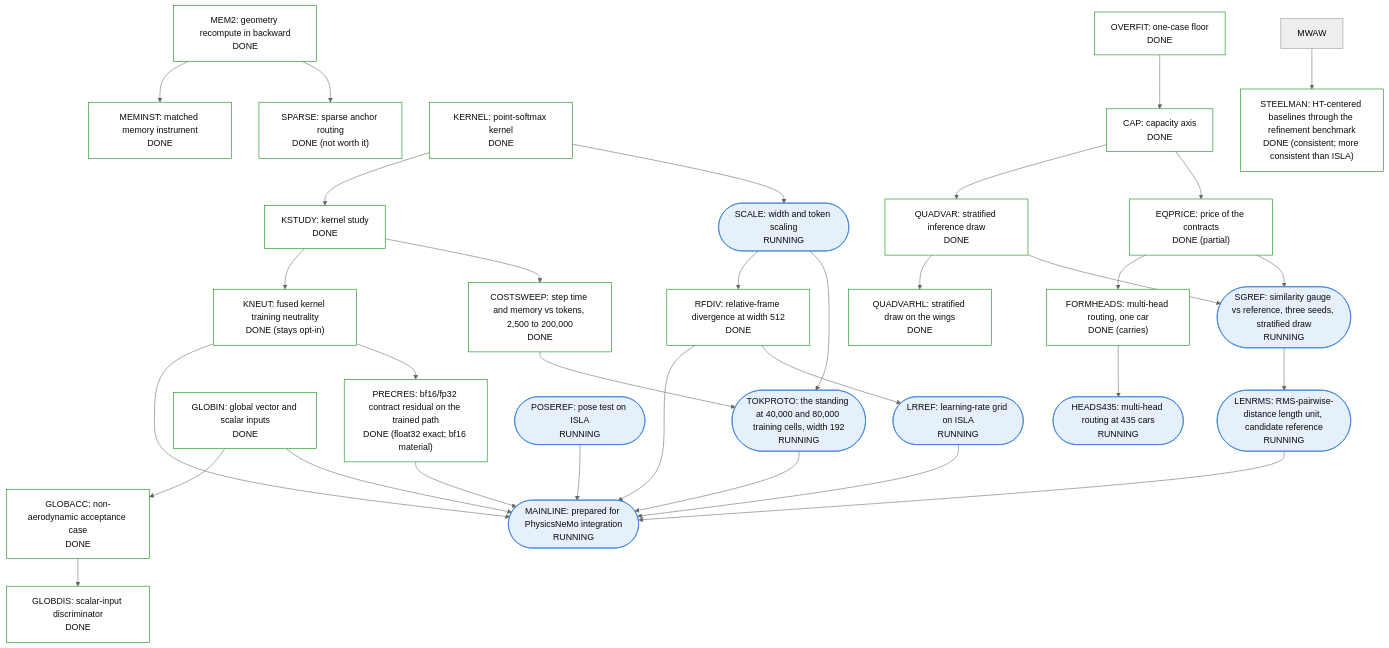
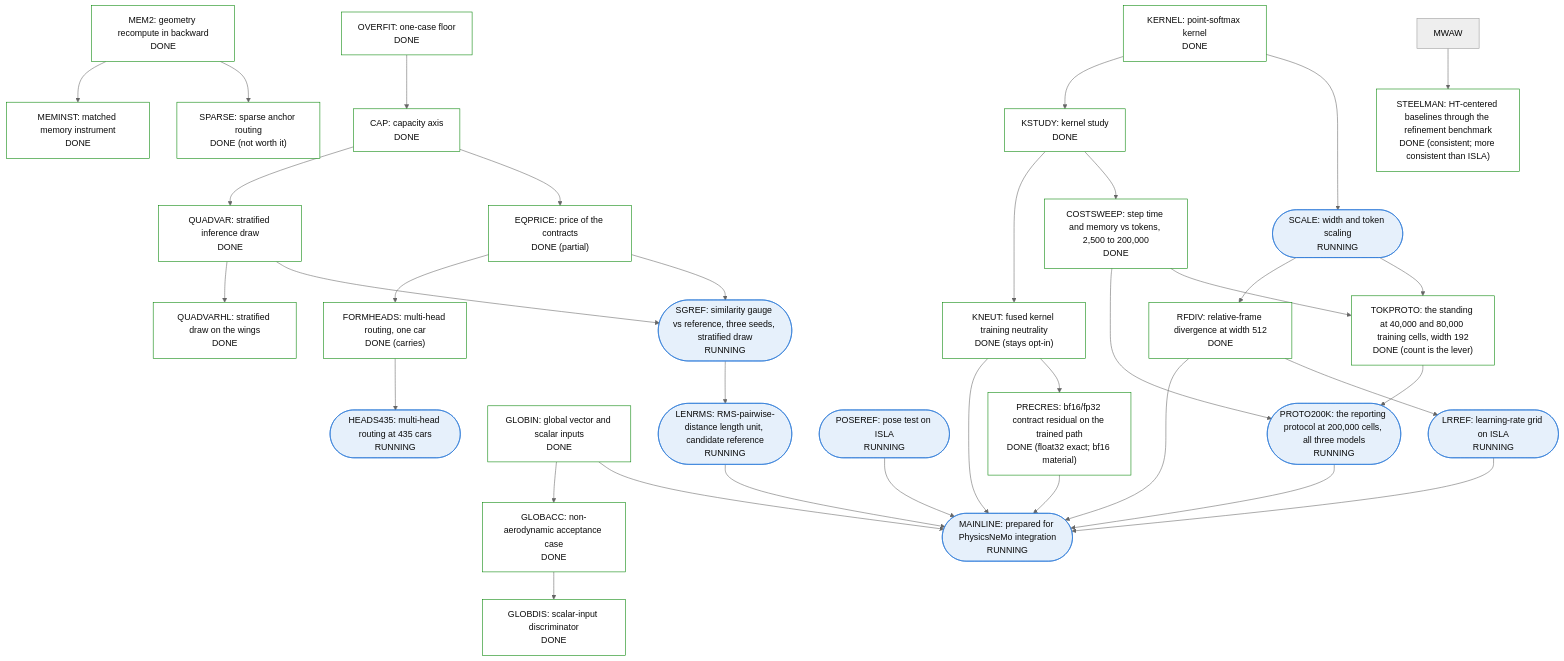
One commit to peterdsharpe/physicsnemo changed the fifth of 5 diagrams in examples/cfd/mesh_transformer/book/13-program-status.qmd. Above: the diagram before and after it, drawn with Mermaid (neutral theme). The commit also changed other lines of this file and 5 other files, not shown here.

````diff
--- a/examples/cfd/mesh_transformer/book/13-program-status.qmd
+++ b/examples/cfd/mesh_transformer/book/13-program-status.qmd
@@ -281,69 +281,72 @@
 ```{mermaid}
 %%| fig-cap: >
 %%|   Sub-tree 5: cost, scale, deficit anatomy and mainline. HEADS435 is the
 %%|   one node RUNNING with a bar that could change ISLA's
 %%|   configuration; MAINLINE is the productization node.
 flowchart TB
     classDef done fill:#ffffff,stroke:#008300,color:#0b0b0b
     classDef running fill:#e6f0fb,stroke:#2a78d6,color:#0b0b0b
     classDef planned fill:#ffffff,stroke:#898781,color:#0b0b0b,stroke-dasharray:4 3
     classDef stopped fill:#f4f3ee,stroke:#52514e,color:#0b0b0b
     MEM2["MEM2: geometry recompute in backward<br/>DONE"]:::done
     MEMINST["MEMINST: matched memory instrument<br/>DONE"]:::done
     SPARSE["SPARSE: sparse anchor routing<br/>DONE (not worth it)"]:::done
     KERNEL["KERNEL: point-softmax kernel<br/>DONE"]:::done
     KSTUDY["KSTUDY: kernel study<br/>DONE"]:::done
     KNEUT["KNEUT: fused kernel training neutrality<br/>DONE (stays opt-in)"]:::done
     SCALE(["SCALE: width and token scaling<br/>RUNNING"]):::running
     RFDIV["RFDIV: relative-frame divergence at width 512<br/>DONE"]:::done
     OVERFIT["OVERFIT: one-case floor<br/>DONE"]:::done
     CAP["CAP: capacity axis<br/>DONE"]:::done
     QUADVAR["QUADVAR: stratified inference draw<br/>DONE"]:::done
     QUADVARHL["QUADVARHL: stratified draw on the wings<br/>DONE"]:::done
     EQPRICE["EQPRICE: price of the contracts<br/>DONE (partial)"]:::done
     FORMHEADS["FORMHEADS: multi-head routing, one car<br/>DONE (carries)"]:::done
     HEADS435(["HEADS435: multi-head routing at 435 cars<br/>RUNNING"]):::running
     GLOBIN["GLOBIN: global vector and scalar inputs<br/>DONE"]:::done
     GLOBACC["GLOBACC: non-aerodynamic acceptance case<br/>DONE"]:::done
     GLOBDIS["GLOBDIS: scalar-input discriminator<br/>DONE"]:::done
     MAINLINE(["MAINLINE: prepared for PhysicsNeMo integration<br/>RUNNING"]):::running
     PRECRES["PRECRES: bf16/fp32 contract residual on the trained path<br/>DONE (float32 exact; bf16 material)"]:::done
     SGREF(["SGREF: similarity gauge vs reference, three seeds, stratified draw<br/>RUNNING"]):::running
     POSEREF(["POSEREF: pose test on ISLA<br/>RUNNING"]):::running
     LRREF(["LRREF: learning-rate grid on ISLA<br/>RUNNING"]):::running
     LENRMS(["LENRMS: RMS-pairwise-distance length unit, candidate reference<br/>RUNNING"]):::running
     STEELMAN["STEELMAN: HT-centered baselines through the refinement benchmark<br/>DONE (consistent; more consistent than ISLA)"]:::done
-    TOKPROTO(["TOKPROTO: the standing at 40,000 and 80,000 training cells, width 192<br/>RUNNING"]):::running
+    TOKPROTO["TOKPROTO: the standing at 40,000 and 80,000 training cells, width 192<br/>DONE (count is the lever)"]:::done
+    PROTO200K(["PROTO200K: the reporting protocol at 200,000 cells, all three models<br/>RUNNING"]):::running
     COSTSWEEP["COSTSWEEP: step time and memory vs tokens, 2,500 to 200,000<br/>DONE"]:::done
     MEM2 --> MEMINST
     MEM2 --> SPARSE
     KERNEL --> KSTUDY
     KSTUDY --> KNEUT
     KERNEL --> SCALE
     SCALE --> RFDIV
     OVERFIT --> CAP
     CAP --> QUADVAR
     QUADVAR --> QUADVARHL
     CAP --> EQPRICE
     EQPRICE --> FORMHEADS
     FORMHEADS --> HEADS435
     GLOBIN --> GLOBACC
     GLOBACC --> GLOBDIS
     GLOBIN --> MAINLINE
     RFDIV --> MAINLINE
     KNEUT --> MAINLINE
     KNEUT --> PRECRES
     PRECRES --> MAINLINE
     QUADVAR --> SGREF
     EQPRICE --> SGREF
     RFDIV --> LRREF
     POSEREF --> MAINLINE
     LRREF --> MAINLINE
     SGREF --> LENRMS
     LENRMS --> MAINLINE
     MWAW --> STEELMAN
     SCALE --> TOKPROTO
-    TOKPROTO --> MAINLINE
+    TOKPROTO --> PROTO200K
+    COSTSWEEP --> PROTO200K
+    PROTO200K --> MAINLINE
     KSTUDY --> COSTSWEEP
     COSTSWEEP --> TOKPROTO
 ```
````
